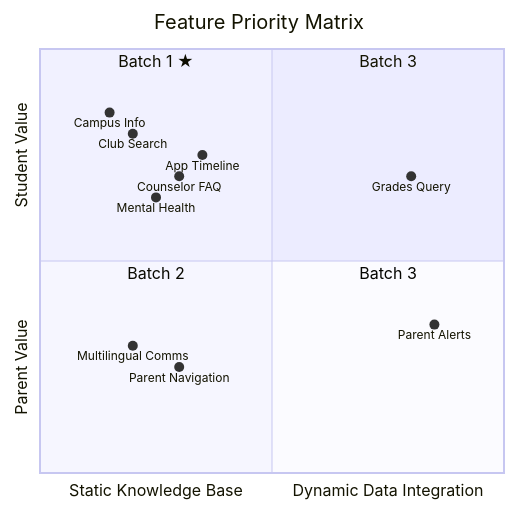
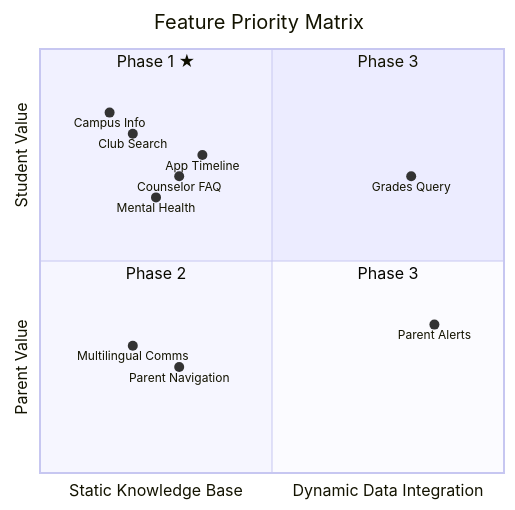
One commit to szkangjian/webb-ai changed the first of 2 diagrams in docs/roadmap.md. Above: the diagram before and after it, drawn with Mermaid. The commit also changed other lines of this file and 1 other file, not shown here.

Commit message:
Rename Batch → Phase/P in roadmap documents

````diff
--- a/docs/roadmap.md
+++ b/docs/roadmap.md
@@ -13,19 +13,19 @@
 ```mermaid
 quadrantChart
     title Feature Priority Matrix
     x-axis "Static Knowledge Base" --> "Dynamic Data Integration"
     y-axis "Parent Value" --> "Student Value"
-    quadrant-1 "Batch 3"
-    quadrant-2 "Batch 1 ★"
-    quadrant-3 "Batch 2"
-    quadrant-4 "Batch 3"
+    quadrant-1 "Phase 3"
+    quadrant-2 "Phase 1 ★"
+    quadrant-3 "Phase 2"
+    quadrant-4 "Phase 3"
     "Campus Info": [0.15, 0.85]
     "Club Search": [0.20, 0.80]
     "Counselor FAQ": [0.30, 0.70]
     "App Timeline": [0.35, 0.75]
     "Mental Health": [0.25, 0.65]
     "Multilingual Comms": [0.20, 0.30]
     "Parent Navigation": [0.30, 0.25]
     "Grades Query": [0.80, 0.70]
     "Parent Alerts": [0.85, 0.35]
 ```
````
